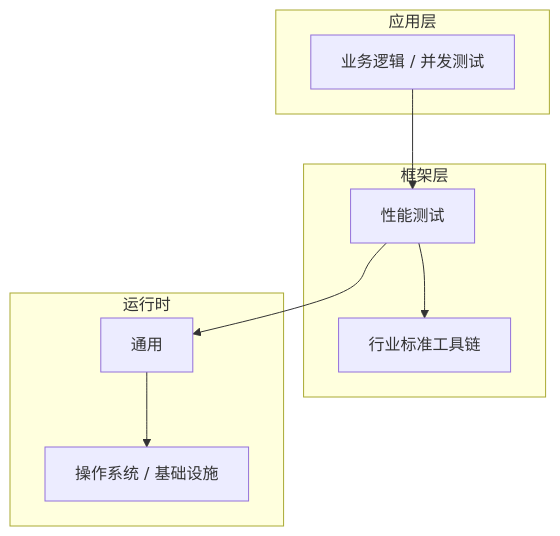
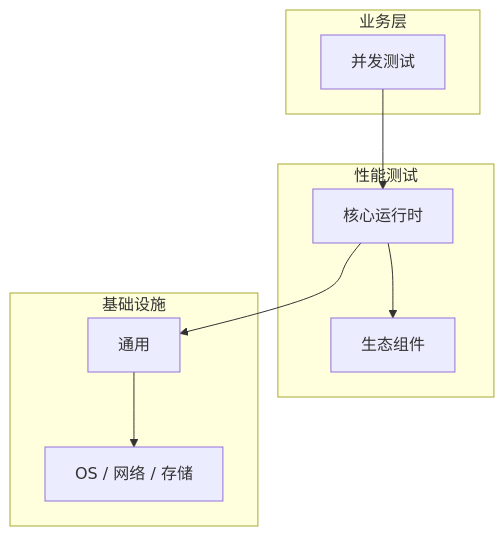
The diagram in articles/性能测试/chapters/022-并发测试核心概念与原理.md (yanggan2015/knowledge-json-v2), drawn with Mermaid before and after one commit. The commit also changed other lines of this file and 10127 other files, not shown here.

````diff
--- a/articles/性能测试/chapters/022-并发测试核心概念与原理.md
+++ b/articles/性能测试/chapters/022-并发测试核心概念与原理.md
@@ -45,18 +34,18 @@
 ```mermaid
 graph TB
-    subgraph 应用层
-        A[业务逻辑 / 并发测试]
+    subgraph 业务层
+        A[并发测试]
     end
-    subgraph 框架层
-        B[性能测试]
-        C[行业标准工具链]
+    subgraph 性能测试
+        B[核心运行时]
+        C[生态组件]
     end
-    subgraph 运行时
+    subgraph 基础设施
         D[通用]
-        E[操作系统 / 基础设施]
+        E[OS / 网络 / 存储]
     end
     A --> B
     B --> C
     B --> D
     D --> E
 ```
````
